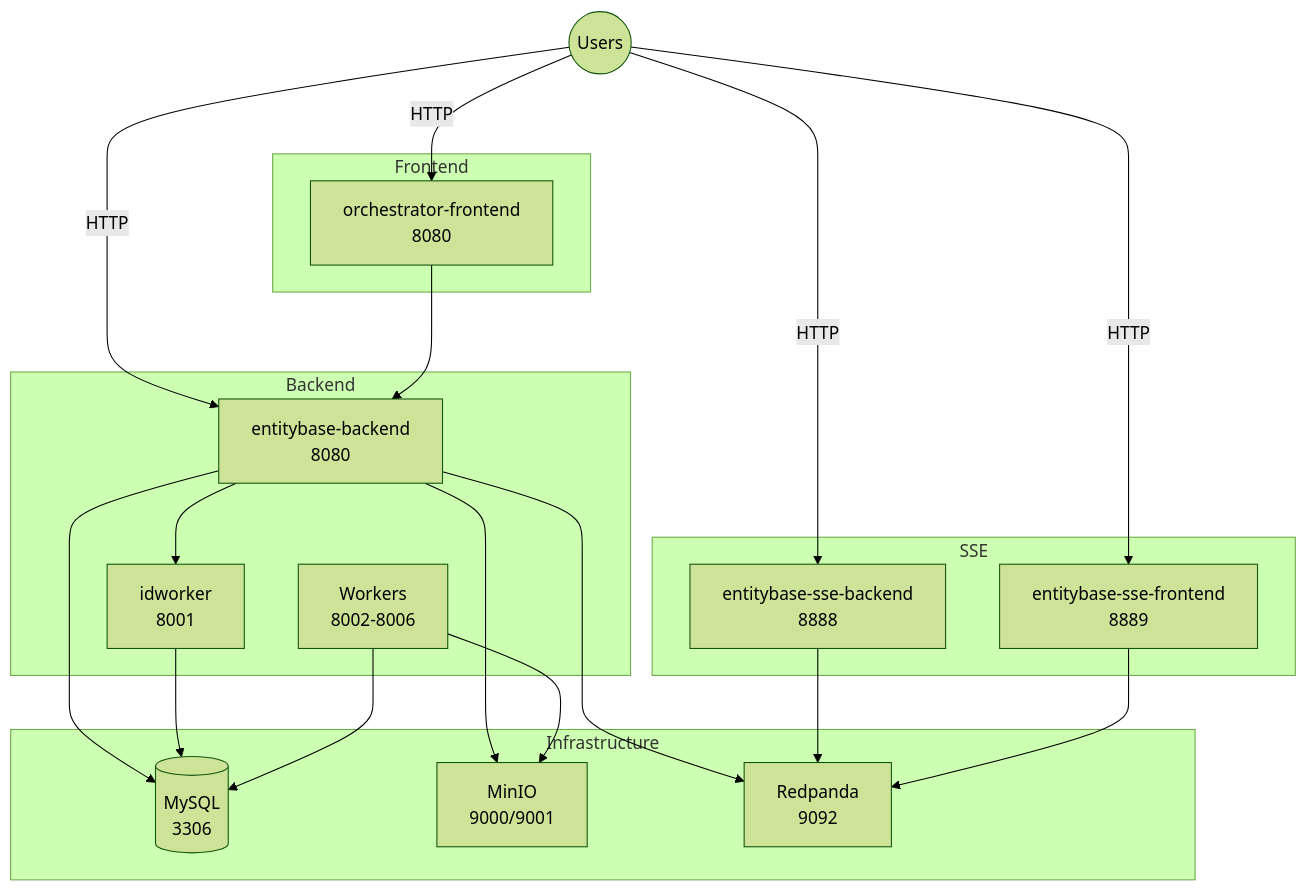
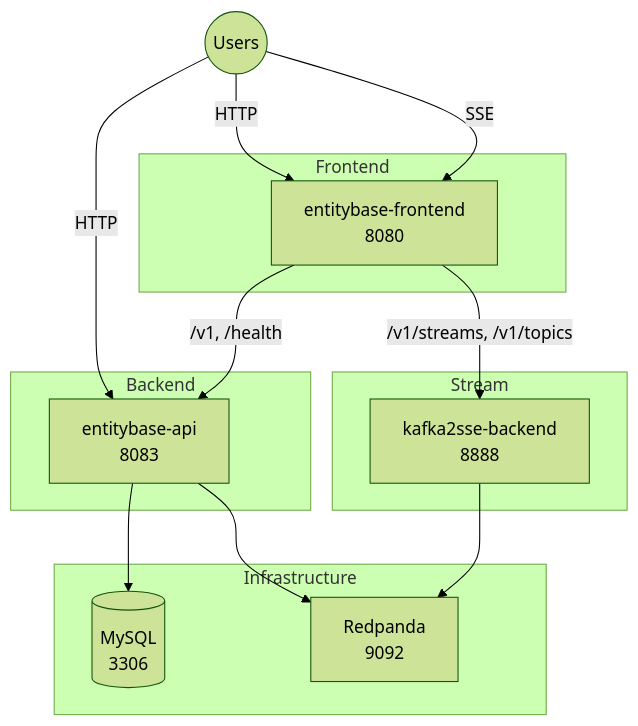
One commit to Entitybasedev/entitybase-monorepo changed the diagram in README.md. Above: the diagram before and after it, drawn with Mermaid (forest theme). The commit also changed other lines of this file and 22 other files, not shown here.

First line of the commit message:
Remove kafka2sse-frontend; update README for the current stack

````diff
--- a/README.md
+++ b/README.md
@@ -7,45 +8,33 @@
 ```mermaid
 flowchart TB
     subgraph Infrastructure
         MySQL[(MySQL<br/>3306)]
-        Minio[MinIO<br/>9000/9001]
         Redpanda[Redpanda<br/>9092]
     end
 
     subgraph Backend
-        API[entitybase-backend<br/>8080]
-        ID[idworker<br/>8001]
-        Workers[Workers<br/>8002-8006]
+        API[entitybase-api<br/>8083]
+    end
+
+    subgraph Stream
+        SSE_BE[kafka2sse-backend<br/>8888]
     end
 
     subgraph Frontend
-        Orch[orchestrator-frontend<br/>8080]
-    end
-
-    subgraph SSE
-        SSE_BE[entitybase-sse-backend<br/>8888]
-        SSE_FE[entitybase-sse-frontend<br/>8889]
+        UI[entitybase-frontend<br/>8080]
     end
 
     Users((Users))
 
-    Users -->|HTTP| Orch
+    Users -->|HTTP| UI
     Users -->|HTTP| API
-    Users -->|HTTP| SSE_BE
-    Users -->|HTTP| SSE_FE
+    Users -->|SSE| UI
 
-    Orch --> API
+    UI -->|/v1, /health| API
+    UI -->|/v1/streams, /v1/topics| SSE_BE
 
     API --> MySQL
-    API --> Minio
     API --> Redpanda
-    API --> ID
-
-    ID --> MySQL
-
-    Workers --> MySQL
-    Workers --> Minio
 
     SSE_BE --> Redpanda
-    SSE_FE --> Redpanda
 ```
````
